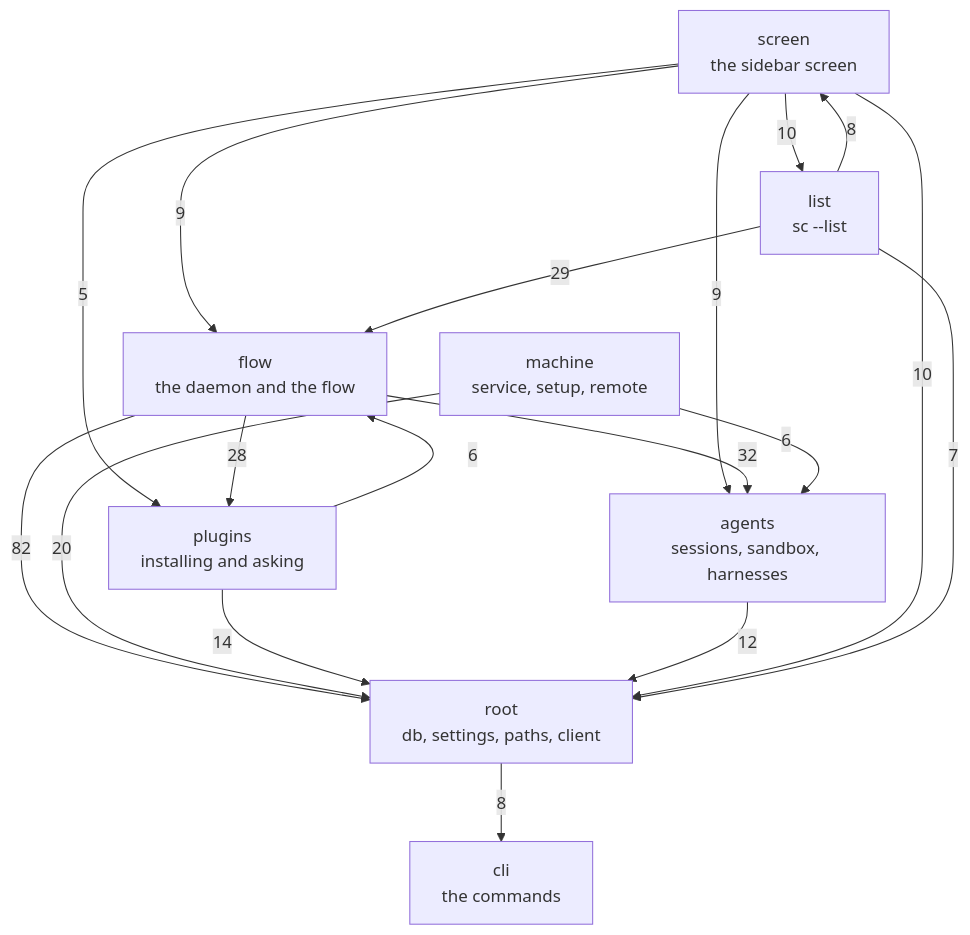
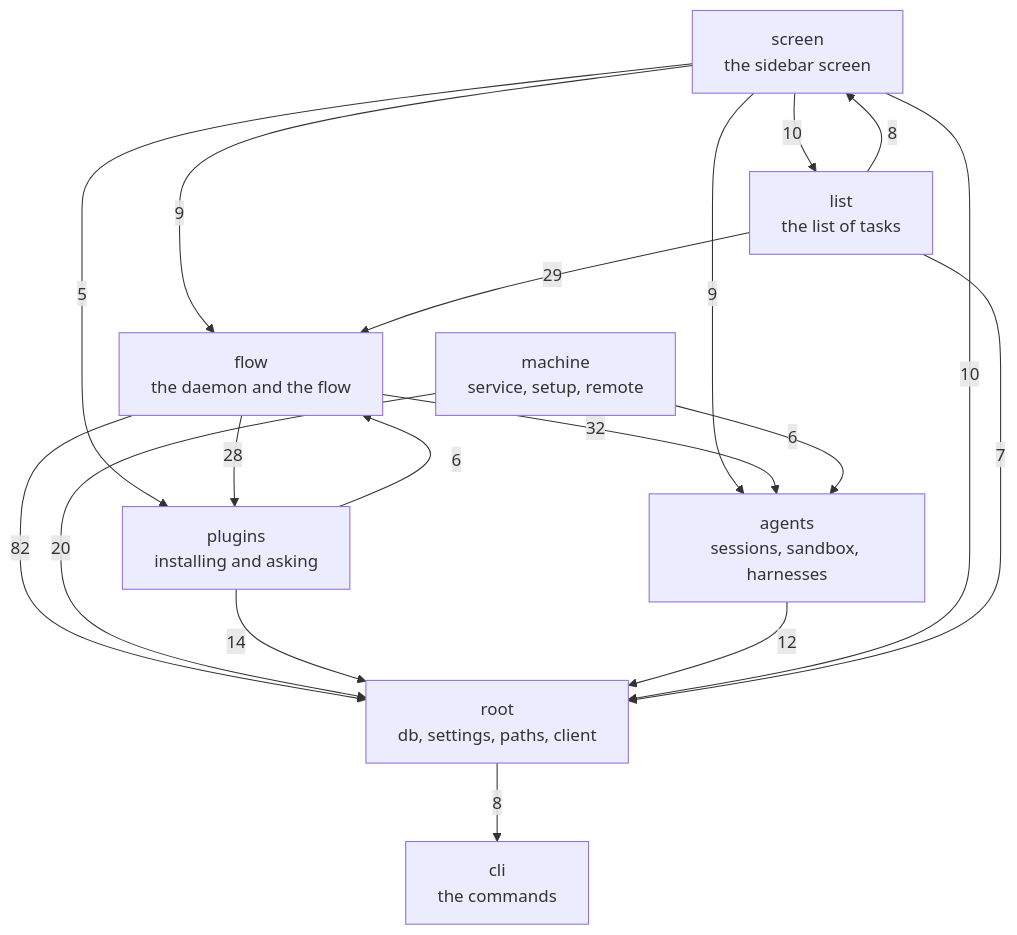
One commit to skelcrew/skelcrew changed the diagram in docs/code-map.md. Above: the diagram before and after it, drawn with Mermaid. The commit also changed other lines of this file and 1 other file, not shown here.

Commit message:
Leave sc --list out of the docs pages
The system map and the code map named sc --list. They now describe the
list folder by what it holds: the list of tasks.

Claude-Session: https://claude.ai/code/session_01XmuiiyUzwsoFghTfFHFZXi

````diff
--- a/docs/code-map.md
+++ b/docs/code-map.md
@@ -15,29 +15,29 @@
 ```mermaid
 flowchart TD
   cli["cli<br/>the commands"]
   screen["screen<br/>the sidebar screen"]
-  list["list<br/>sc --list"]
+  list["list<br/>the list of tasks"]
   machine["machine<br/>service, setup, remote"]
   flow["flow<br/>the daemon and the flow"]
   plugins["plugins<br/>installing and asking"]
   agents["agents<br/>sessions, sandbox, harnesses"]
   root["root<br/>db, settings, paths, client"]
 
   root -- 8 --> cli
   screen -- 10 --> list
   list -- 8 --> screen
   screen -- 9 --> flow
   screen -- 9 --> agents
   screen -- 5 --> plugins
   list -- 29 --> flow
   flow -- 32 --> agents
   flow -- 28 --> plugins
   plugins -- 6 --> flow
   machine -- 6 --> agents
   flow -- 82 --> root
   machine -- 20 --> root
   plugins -- 14 --> root
   agents -- 12 --> root
   screen -- 10 --> root
   list -- 7 --> root
 ```
````
